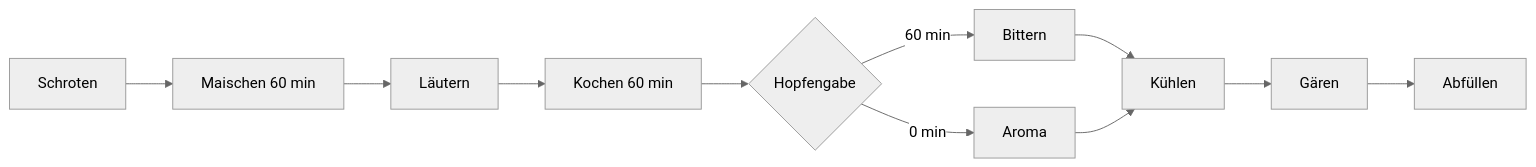
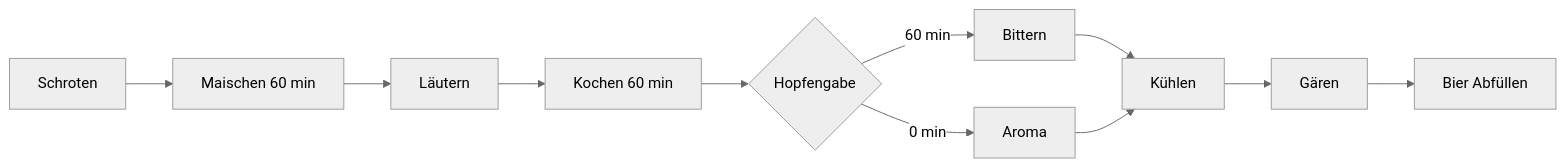
One commit to lootwitch/HopsMD changed the first of 7 diagrams in samples/test-suite/09-Mermaid-Gallery.md. Above: the diagram before and after it, drawn with Mermaid (neutral theme).

Commit message:
test(samples): tweak mermaid node label in 09-Mermaid-Gallery
Smoke-test edit via the new code-block split editor — confirms the
Mermaid block round-trips through replaceNthFencedBlock + saveContent
back to disk.

````diff
--- a/samples/test-suite/09-Mermaid-Gallery.md
+++ b/samples/test-suite/09-Mermaid-Gallery.md
@@ -12,13 +12,13 @@
 ```mermaid
 flowchart LR
     A[Schroten] --> B[Maischen 60 min]
     B --> C[Läutern]
     C --> D[Kochen 60 min]
     D --> E{Hopfengabe}
     E -->|60 min| F[Bittern]
     E -->|0 min| G[Aroma]
     F --> H[Kühlen]
     G --> H
     H --> I[Gären]
-    I --> J[Abfüllen]
+    I --> J[Bier Abfüllen]
 ```
````
